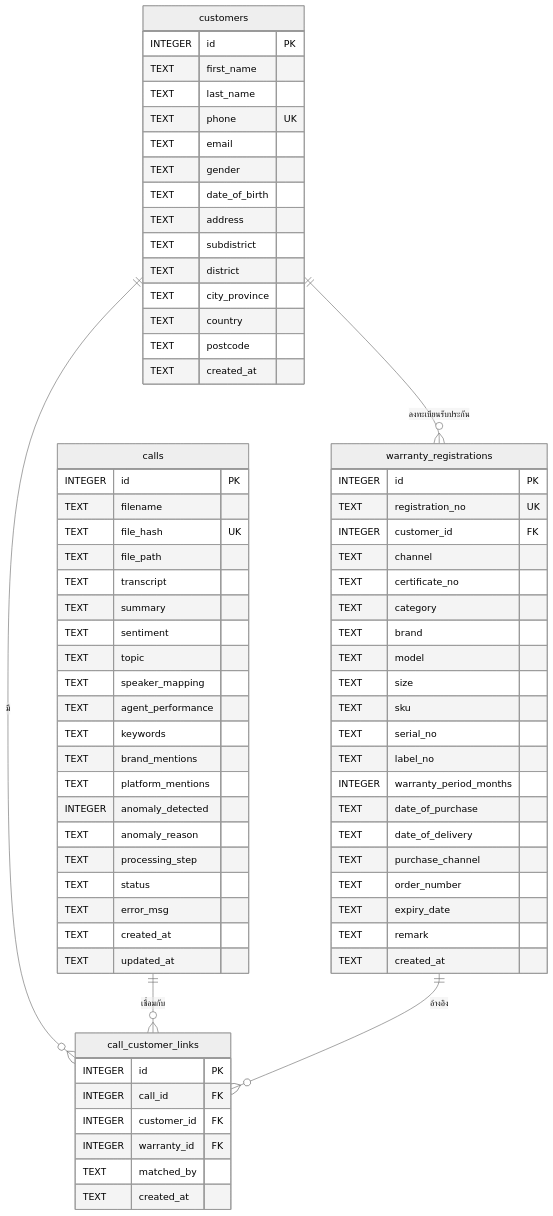
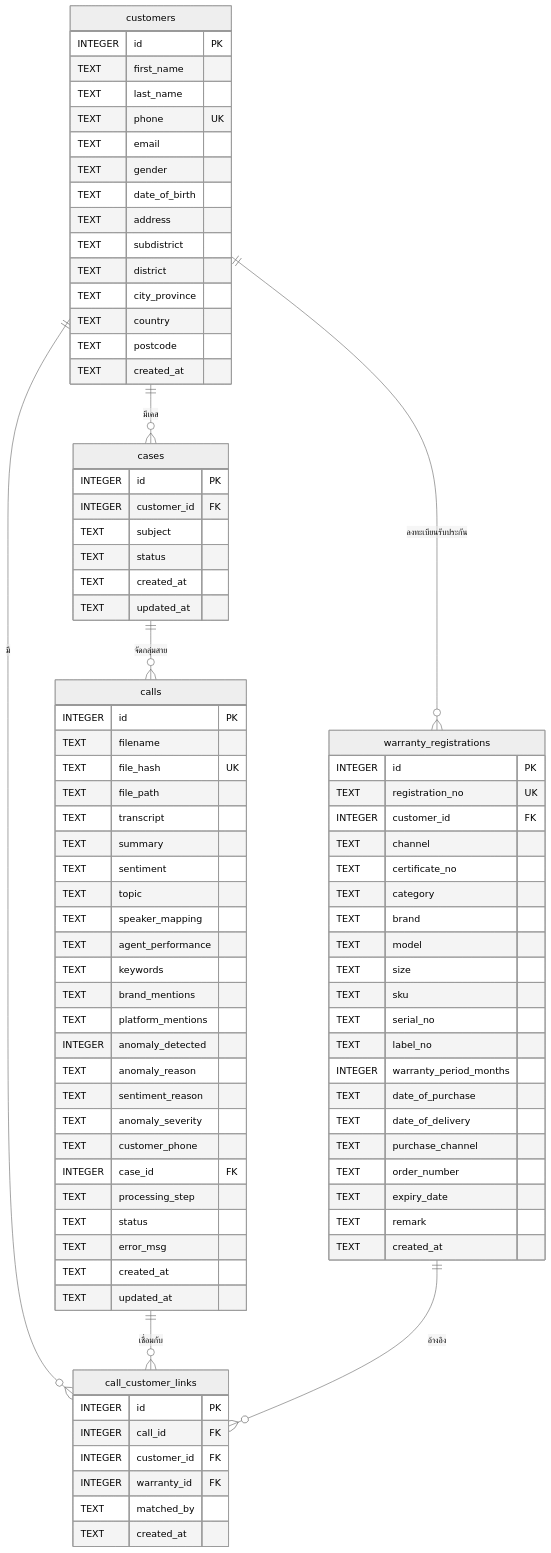
One commit to chisanuphongmadj/smartvoice changed the diagram in docs/database_design.md. Above: the diagram before and after it, drawn with Mermaid (neutral theme). The commit also changed other lines of this file and 30 other files, not shown here.

````diff
--- a/docs/database_design.md
+++ b/docs/database_design.md
@@ -77,9 +77,22 @@
         TEXT platform_mentions
         INTEGER anomaly_detected
         TEXT anomaly_reason
+        TEXT sentiment_reason
+        TEXT anomaly_severity
+        TEXT customer_phone
+        INTEGER case_id FK
         TEXT processing_step
         TEXT status
         TEXT error_msg
+        TEXT created_at
+        TEXT updated_at
+    }
+
+    cases {
+        INTEGER id PK
+        INTEGER customer_id FK
+        TEXT subject
+        TEXT status
         TEXT created_at
         TEXT updated_at
     }
@@ -95,6 +108,8 @@
 
     customers ||--o{ warranty_registrations : "ลงทะเบียนรับประกัน"
     customers ||--o{ call_customer_links : "มี"
+    customers ||--o{ cases : "มีเคส"
+    cases ||--o{ calls : "จัดกลุ่มสาย"
     calls ||--o{ call_customer_links : "เชื่อมกับ"
     warranty_registrations ||--o{ call_customer_links : "อ้างอิง"
 ```
````
